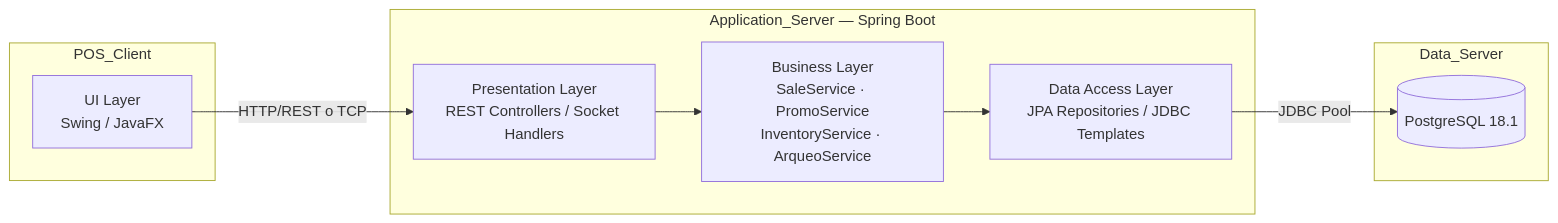
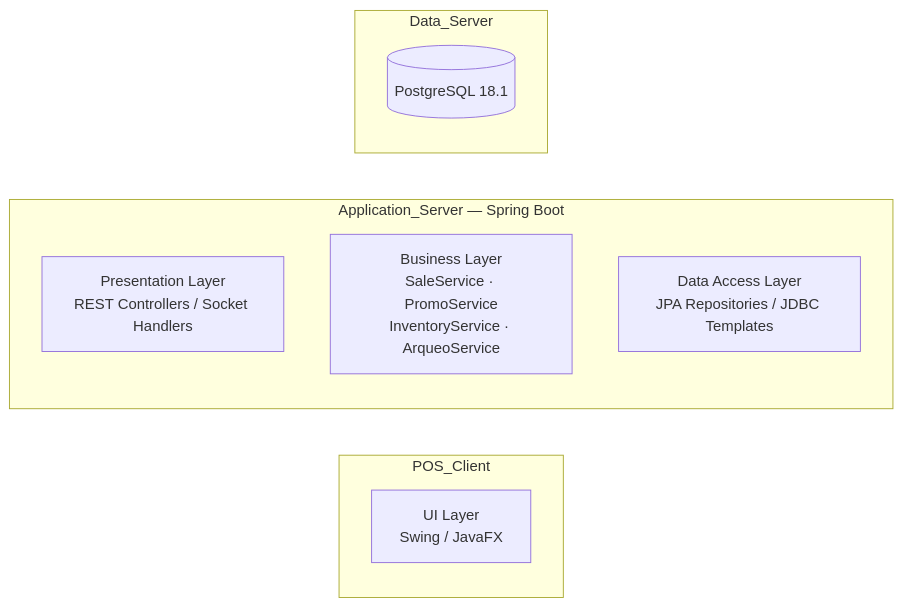
The ninth of 31 diagrams in docs/design.md (Morraban-Grid/pukio), drawn with Mermaid before and after one commit. The commit also changed other lines of this file and 144 other files, not shown here.

````diff
--- a/docs/design.md
+++ b/docs/design.md
@@ -309,21 +309,16 @@
 ```mermaid
 graph LR
     subgraph CLIENT["POS_Client"]
         UI[UI Layer<br/>Swing / JavaFX]
     end
  
     subgraph APP["Application_Server — Spring Boot"]
         PRES[Presentation Layer<br/>REST Controllers / Socket Handlers]
         BIZ[Business Layer<br/>SaleService · PromoService<br/>InventoryService · ArqueoService]
         DAL[Data Access Layer<br/>JPA Repositories / JDBC Templates]
     end
  
     subgraph DATA["Data_Server"]
         PGDB[(PostgreSQL 18.1)]
     end
- 
-    UI -->|HTTP/REST o TCP| PRES
-    PRES --> BIZ
-    BIZ --> DAL
-    DAL -->|JDBC Pool| PGDB
 ```
````
